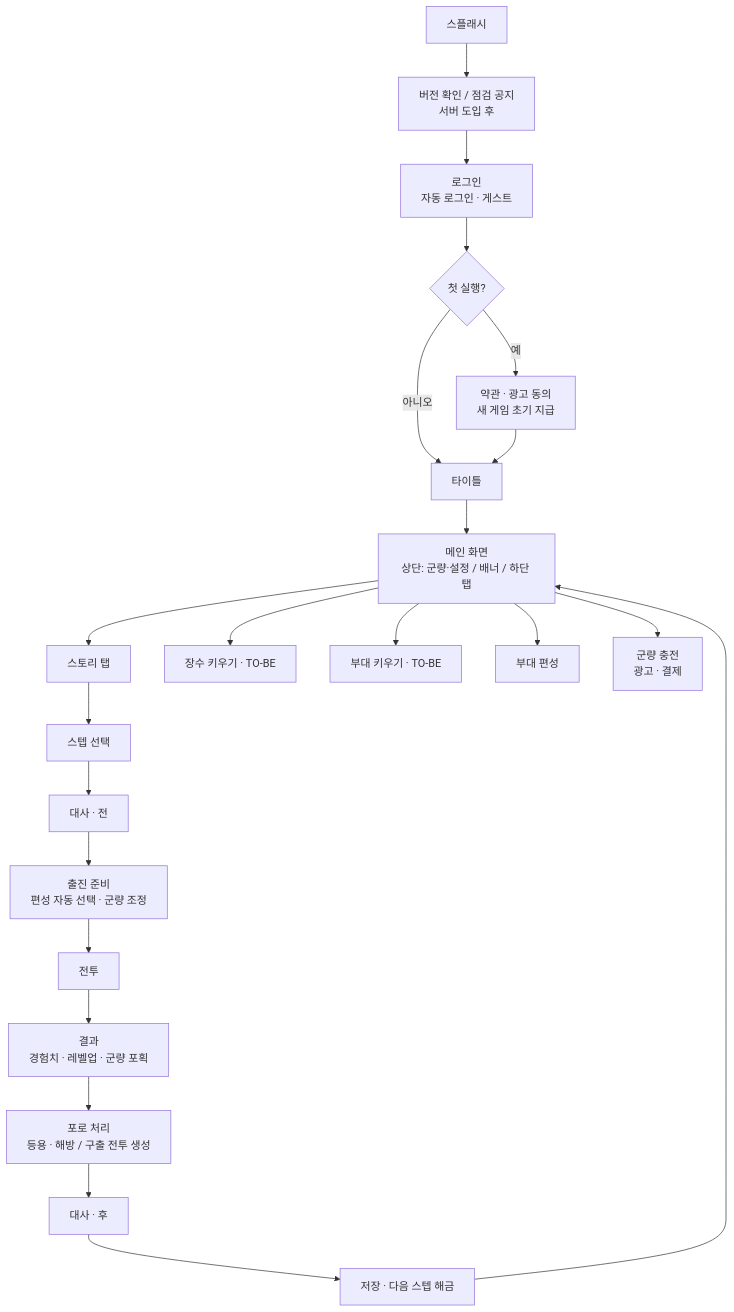
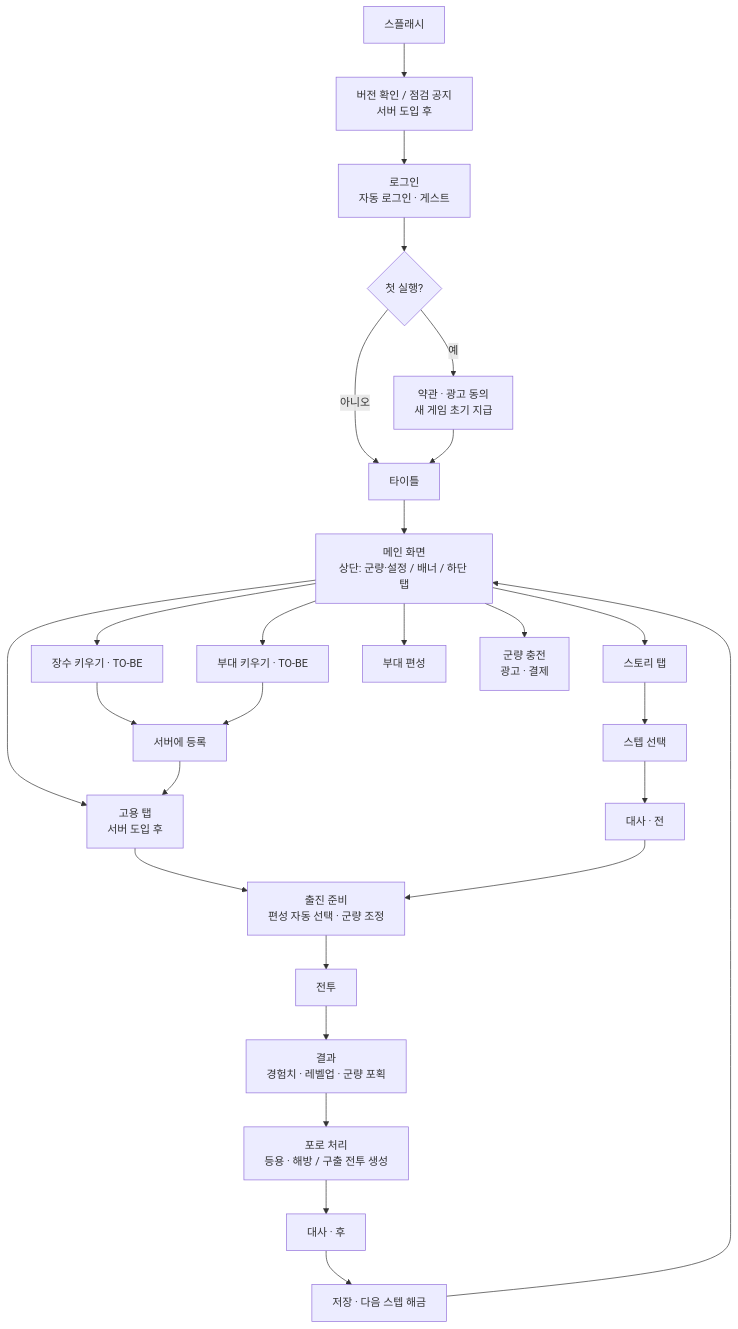
The diagram in docs/flow.md (kimhanggyun/my-project-sample), drawn with Mermaid before and after one commit. The commit also changed other lines of this file and 7 other files, not shown here.

````diff
--- a/docs/flow.md
+++ b/docs/flow.md
@@ -11,26 +11,31 @@
 ```mermaid
 flowchart TD
     A[스플래시] --> B[버전 확인 / 점검 공지<br/>서버 도입 후]
     B --> C[로그인<br/>자동 로그인 · 게스트]
     C --> D{첫 실행?}
     D -- 예 --> E[약관 · 광고 동의<br/>새 게임 초기 지급]
     D -- 아니오 --> F[타이틀]
     E --> F
     F --> G[메인 화면<br/>상단: 군량·설정 / 배너 / 하단 탭]
 
     G --> T1[스토리 탭]
     G --> T2[장수 키우기 · TO-BE]
     G --> T3[부대 키우기 · TO-BE]
     G --> T4[부대 편성]
     G --> T5[군량 충전<br/>광고 · 결제]
+    G --> T6[고용 탭<br/>서버 도입 후]
+    T2 --> R[서버에 등록]
+    T3 --> R
+    R --> T6
+    T6 --> S3
 
     T1 --> S1[스텝 선택]
     S1 --> S2[대사 · 전]
     S2 --> S3[출진 준비<br/>편성 자동 선택 · 군량 조정]
     S3 --> S4[전투]
     S4 --> S5[결과<br/>경험치 · 레벨업 · 군량 포획]
     S5 --> S6[포로 처리<br/>등용 · 해방 / 구출 전투 생성]
     S6 --> S7[대사 · 후]
     S7 --> S8[저장 · 다음 스텝 해금]
     S8 --> G
 ```
````
